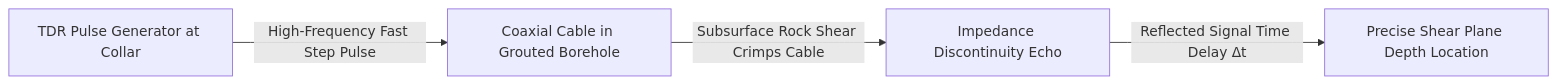
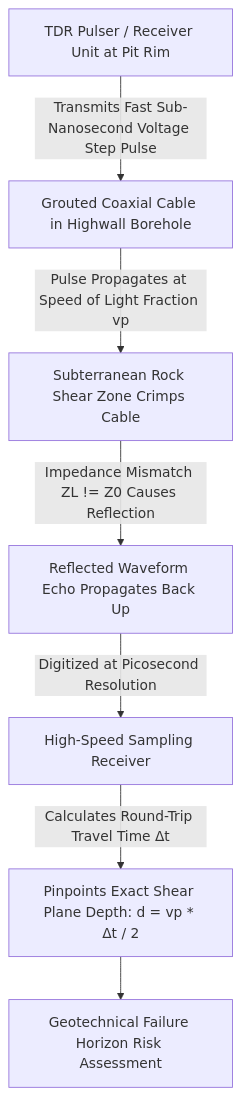
Before and after one commit to angelverman2021-a11y/Report: the first of 9 diagrams in docs/15_TDR_Time_Domain_Reflectometry.md, drawn with Mermaid. The commit also changed other lines of this file, not shown here.

Commit message:
feat: Add comprehensive 23-section report for Existing Technology 15: TDR — Time-Domain Reflectometry

````diff
--- a/docs/15_TDR_Time_Domain_Reflectometry.md
+++ b/docs/15_TDR_Time_Domain_Reflectometry.md
@@ -16,6 +25,9 @@
 ```mermaid
-flowchart LR
-    A[TDR Pulse Generator at Collar] -->|High-Frequency Fast Step Pulse| B[Coaxial Cable in Grouted Borehole]
-    B -->|Subsurface Rock Shear Crimps Cable| C[Impedance Discontinuity Echo]
-    C -->|Reflected Signal Time Delay Δt| D[Precise Shear Plane Depth Location]
+flowchart TD
+    TDR_UNIT[TDR Pulser / Receiver Unit at Pit Rim] -->|Transmits Fast Sub-Nanosecond Voltage Step Pulse| CABLE[Grouted Coaxial Cable in Highwall Borehole]
+    CABLE -->|Pulse Propagates at Speed of Light Fraction vp| SHEAR[Subterranean Rock Shear Zone Crimps Cable]
+    SHEAR -->|Impedance Mismatch ZL != Z0 Causes Reflection| ECHO[Reflected Waveform Echo Propagates Back Up]
+    ECHO -->|Digitized at Picosecond Resolution| SAMPLER[High-Speed Sampling Receiver]
+    SAMPLER -->|Calculates Round-Trip Travel Time Δt| DEPTH[Pinpoints Exact Shear Plane Depth: d = vp * Δt / 2]
+    DEPTH --> RISK[Geotechnical Failure Horizon Risk Assessment]
 ```
````
